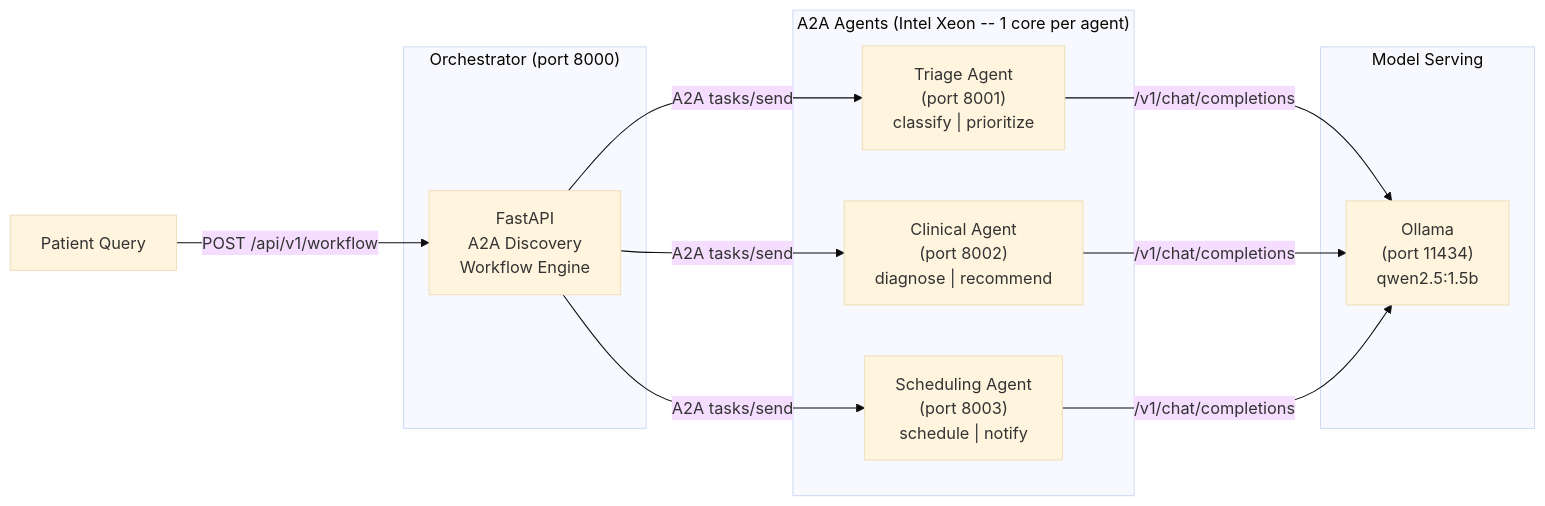
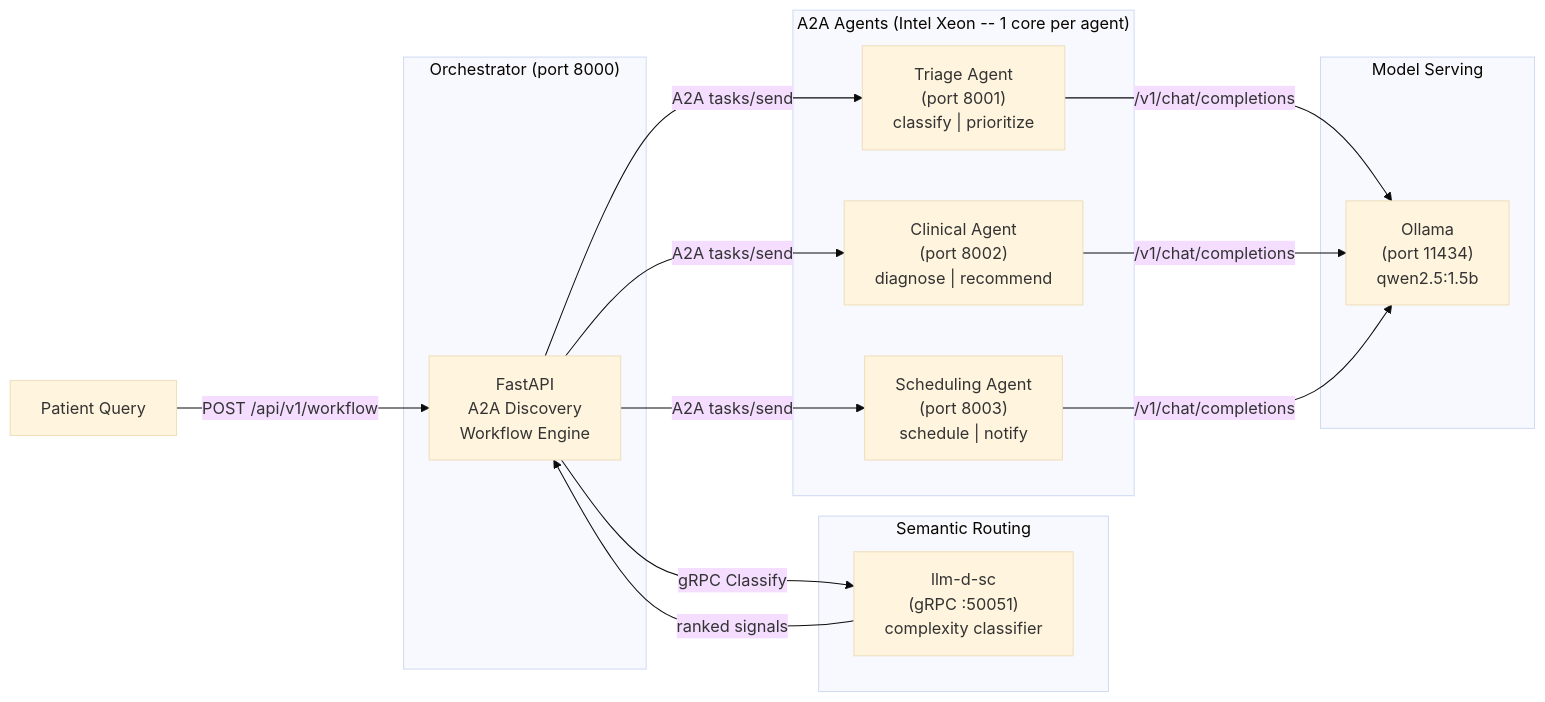
The diagram in README.md (jkershawrh/multi-agent-health-assistant), drawn with Mermaid (base theme) before and after one commit. The commit also changed other lines of this file and 28 other files, not shown here.

First line of the commit message:
Add semantic routing, MCP tool calling, and agent auth

````diff
--- a/README.md
+++ b/README.md
@@ -56,26 +56,32 @@
 ```mermaid
 flowchart LR
     Patient["Patient Query"]
 
     subgraph Orchestrator["Orchestrator (port 8000)"]
         ORC["FastAPI\nA2A Discovery\nWorkflow Engine"]
+    end
+
+    subgraph SemanticRouting["Semantic Routing"]
+        SC["llm-d-sc\n(gRPC :50051)\ncomplexity classifier"]
     end
 
     subgraph Agents["A2A Agents (Intel Xeon -- 1 core per agent)"]
         TA["Triage Agent\n(port 8001)\nclassify | prioritize"]
         CA["Clinical Agent\n(port 8002)\ndiagnose | recommend"]
         SA["Scheduling Agent\n(port 8003)\nschedule | notify"]
     end
 
     subgraph LLM["Model Serving"]
         OL["Ollama\n(port 11434)\nqwen2.5:1.5b"]
     end
 
     Patient -->|"POST /api/v1/workflow"| ORC
+    ORC -->|"gRPC Classify"| SC
+    SC -->|"ranked signals"| ORC
     ORC -->|"A2A tasks/send"| TA
     ORC -->|"A2A tasks/send"| CA
     ORC -->|"A2A tasks/send"| SA
     TA -->|"/v1/chat/completions"| OL
     CA -->|"/v1/chat/completions"| OL
     SA -->|"/v1/chat/completions"| OL
 ```
````
